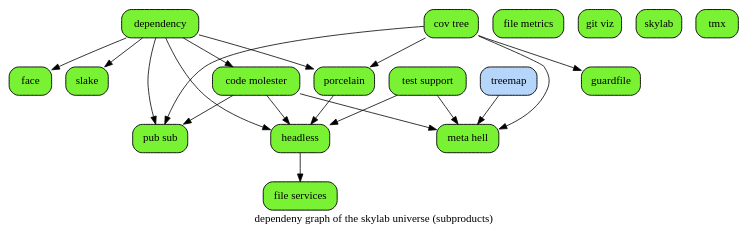
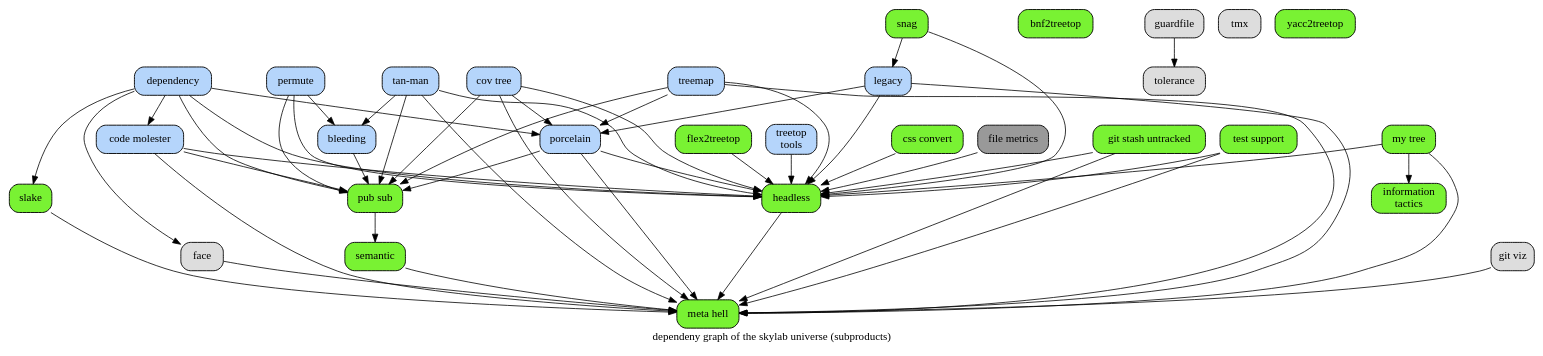
Before and after one commit to hipe/tmx: the diagram in doc/subproduct-dependencies.dot, drawn with Graphviz. The commit also changed 3 other files, not shown here.

First line of the commit message:
[#pub-sub-semantic-box-unification.quickie] Rewrote Quickie.

```diff
--- a/doc/subproduct-dependencies.dot
+++ b/doc/subproduct-dependencies.dot
@@ -1,60 +1,106 @@
 # created by tan-man on 2012-12-20 16:03:06 UTC
 
 digraph {
 
 /*
   example stmt_list:
     foo -> bar
     biff -> baz
 
   example node_stmt:
     learn_c [label="learn C somehow"]
 */
 
 label="dependeny graph of the skylab universe (subproducts)"
 
 node [label="\N", style="filled", fillcolor="#b5d5fb", fontname="Futura", penwidth="1.1566", shape="Mrecord"]
 
 #                 blue : fillcolor="#b5d5fb"
 #             finished : green
 #                green : fillcolor="#79f233"
 #         not-finished : blue
 
 
-code [label="code molester" fillcolor="#79f233"]
-cov [label="cov tree" fillcolor="#79f233"]
-dependency [label=dependency fillcolor="#79f233"]
-face [label=face fillcolor="#79f233"]
-file [label="file metrics" fillcolor="#79f233"]
-file_2 [label="file services" fillcolor="#79f233"]
-git [label="git viz" fillcolor="#79f233"]
-guardfile [label=guardfile fillcolor="#79f233"]
+bleeding [label="bleeding" fillcolor="#b5d5fb"]
+bnf [label="bnf2treetop" fillcolor="#79f233"]
+code [label="code molester" fillcolor="#b5d5fb"]
+cov [label="cov tree" fillcolor="#b5d5fb"]
+css [label="css convert" fillcolor="#79f233"]
+dependency [label=dependency fillcolor="#b5d5fb"]
+face [label=face fillcolor="#dddddd"]
+file [label="file metrics" fillcolor="#999999"]
+flex [label="flex2treetop" fillcolor="#79f233"]
+git [label="git viz" fillcolor="#dddddd"]
+gsu [label="git stash untracked" fillcolor="#79f233"]
+guardfile [label=guardfile fillcolor="#dddddd"]
 headless [label=headless fillcolor="#79f233"]
+info [label="information\ntactics" fillcolor="#79f233"]
+legacy [label="legacy" fillcolor="#b5d5fb"]
 meta [label="meta hell" fillcolor="#79f233"]
-porcelain [label=porcelain fillcolor="#79f233"]
+mytree [label="my tree" fillcolor="#79f233"]
+permute [label="permute" fillcolor="#b5d5fb"]
+porcelain [label=porcelain fillcolor="#b5d5fb"]
 pub [label="pub sub" fillcolor="#79f233"]
-skylab [label="skylab" fillcolor="#79f233"]
+semantic [label="semantic" fillcolor="#79f233"]
 slake [label=slake fillcolor="#79f233"]
+snag [label="snag" fillcolor="#79f233"]
+tan [label="tan-man" fillcolor="#b5d5fb"]
 test [label="test support" fillcolor="#79f233"]
-tmx [label=tmx fillcolor="#79f233"]
-treemap [label=treemap]
+tolerance [label="tolerance" fillcolor="#dddddd"]
+treemap [label="treemap" fillcolor="#b5d5fb"]
+treetop [label="treetop\ntools" fillcolor="#b5d5fb"]
+tmx [label=tmx fillcolor="#dddddd"]
+yacc [label="yacc2treetop" fillcolor="#79f233"]
+
+bleeding -> pub
 code -> headless
-
 code -> meta
 code -> pub
+cov -> headless
 cov -> meta
 cov -> porcelain
 cov -> pub
-cov -> guardfile
+css -> headless
+git -> meta
+gsu -> headless
+gsu -> meta
+guardfile -> tolerance
 dependency -> code
 dependency -> face
 dependency -> headless
 dependency -> porcelain
 dependency -> pub
 dependency -> slake
-headless -> file_2
+face -> meta
+file -> headless
+flex -> headless
+headless -> meta
+legacy -> headless
+legacy -> meta
+legacy -> porcelain
+mytree -> headless
+mytree -> info
+mytree -> meta
+permute -> bleeding
+permute -> headless
+permute -> pub
 porcelain -> headless
+porcelain -> meta
+porcelain -> pub
+pub -> semantic
+semantic -> meta
+slake -> meta
+snag -> legacy
+snag -> headless
+tan -> bleeding
+tan -> headless
+tan -> meta
+tan -> pub
 test -> headless
 test -> meta
+treemap -> headless
 treemap -> meta
+treemap -> porcelain
+treemap -> pub
+treetop -> headless
 }
```
